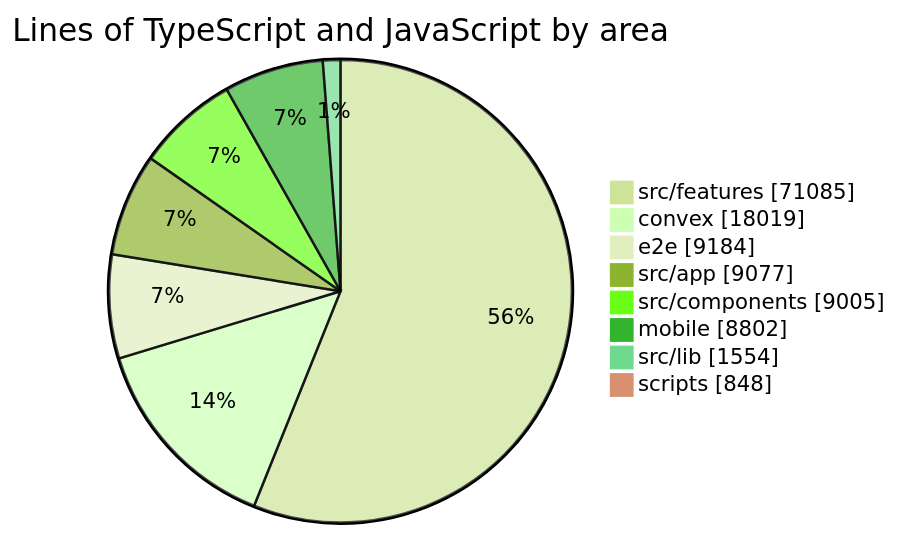
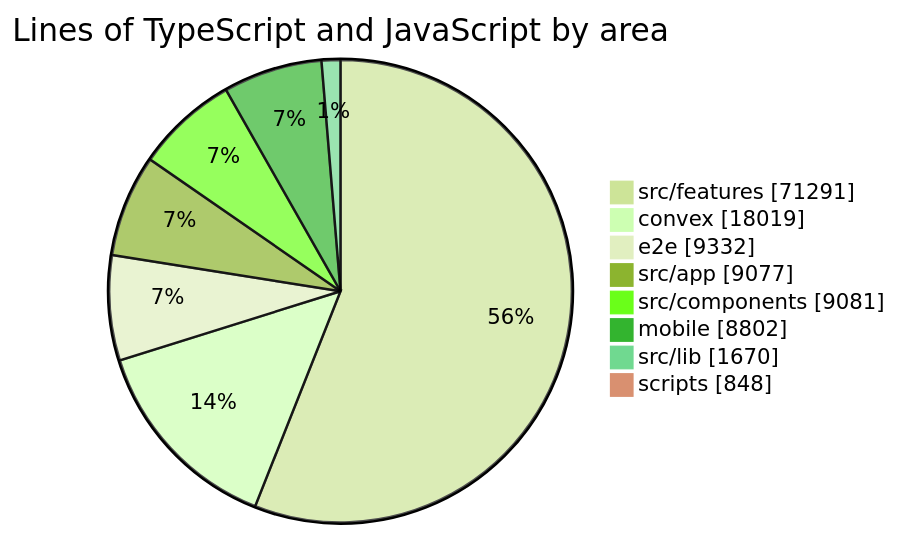
One commit to itsmrad/codenaya changed the fourth of 4 diagrams in README.md. Above: the diagram before and after it, drawn with Mermaid (forest theme). The commit also changed other lines of this file and 1 other file, not shown here.

````diff
--- a/README.md
+++ b/README.md
@@ -226,12 +223,12 @@
 ```mermaid
 pie showData
   title Lines of TypeScript and JavaScript by area
-  "src/features" : 71085
+  "src/features" : 71291
   "convex" : 18019
-  "e2e" : 9184
+  "e2e" : 9332
   "src/app" : 9077
-  "src/components" : 9005
+  "src/components" : 9081
   "mobile" : 8802
-  "src/lib" : 1554
+  "src/lib" : 1670
   "scripts" : 848
 ```
````
